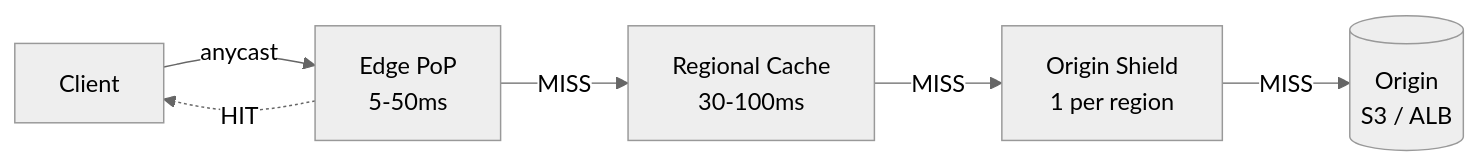
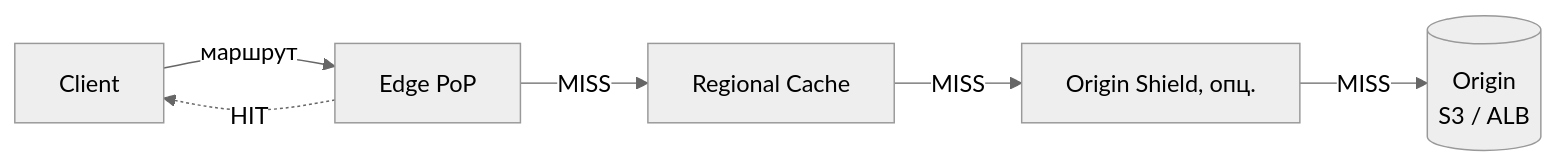
The first of 2 diagrams in cheatsheets/interview/architecture/cdn-interview.md (akeverus/cheat-sheet), drawn with Mermaid (neutral theme) before and after one commit. The commit also changed other lines of this file and 154 other files, not shown here.

````diff
--- a/cheatsheets/interview/architecture/cdn-interview.md
+++ b/cheatsheets/interview/architecture/cdn-interview.md
@@ -139,8 +138,8 @@
 ```mermaid
 graph LR
-    C[Client] -->|anycast| E[Edge PoP<br/>5-50ms]
-    E -->|MISS| R[Regional Cache<br/>30-100ms]
-    R -->|MISS| S[Origin Shield<br/>1 per region]
+    C[Client] -->|маршрут| E[Edge PoP]
+    E -->|MISS| R[Regional Cache]
+    R -->|MISS| S[Origin Shield, опц.]
     S -->|MISS| O[(Origin<br/>S3 / ALB)]
     E -.HIT.-> C
 ```
````
